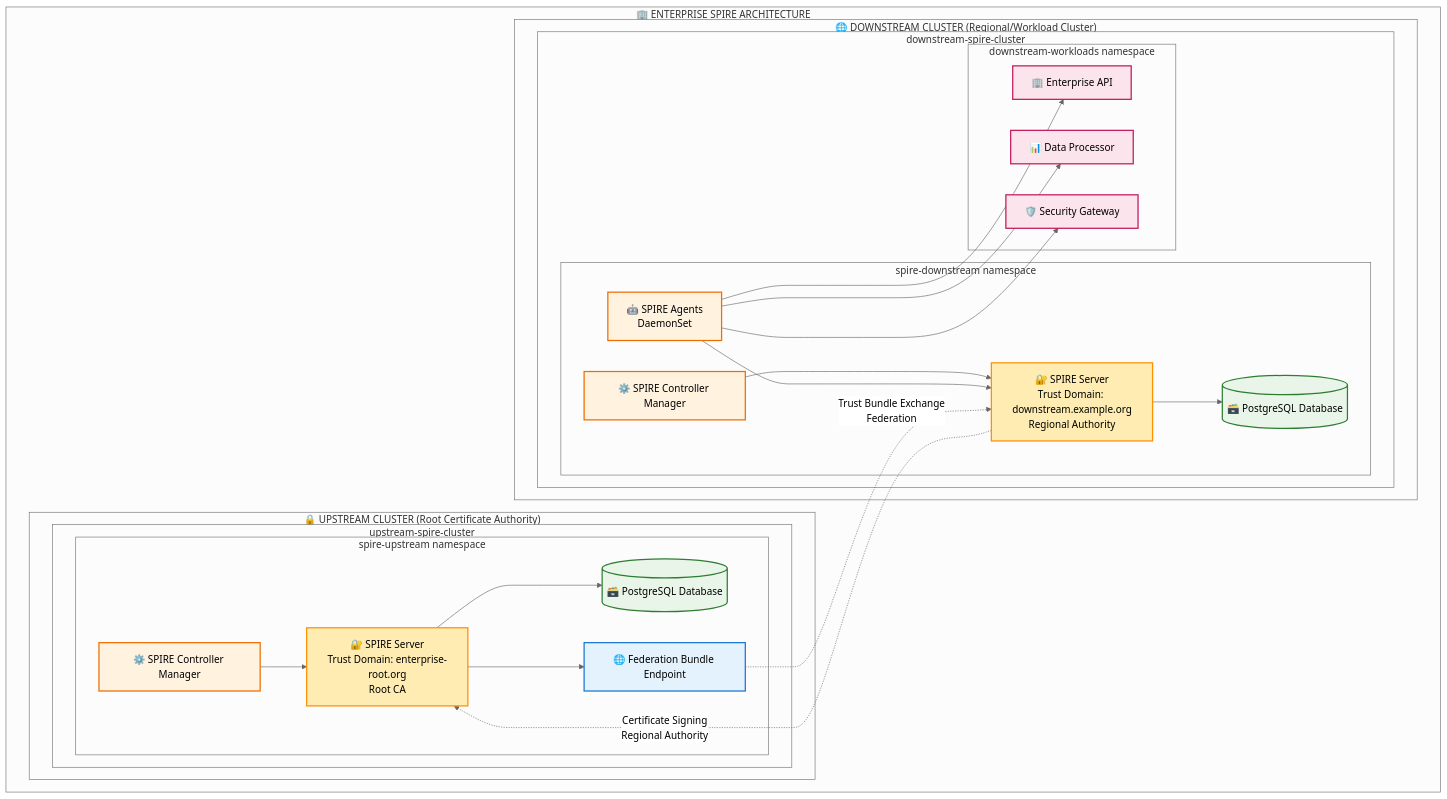
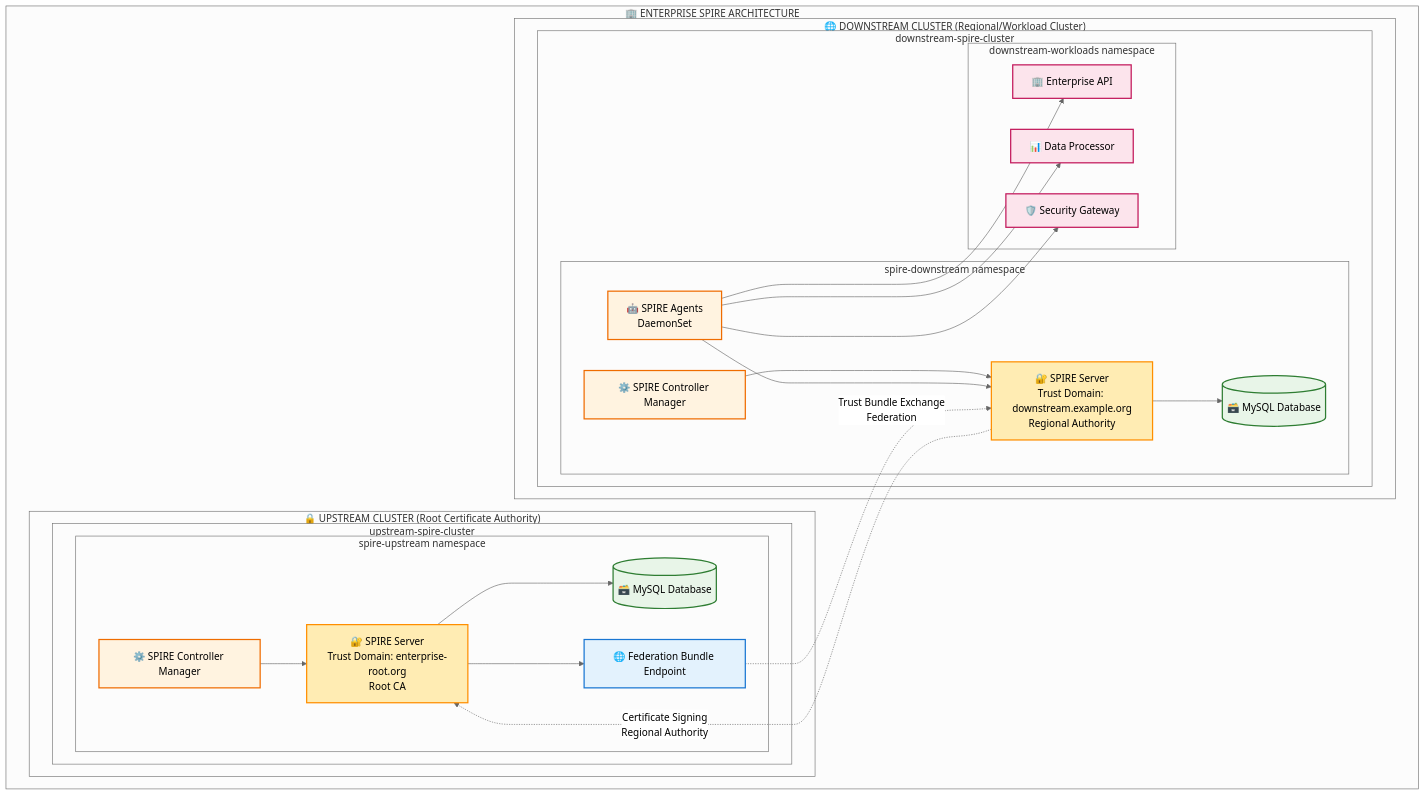
The first of 2 diagrams in docs/ENTERPRISE_DEPLOYMENT_GUIDE.md (jfiser247/spire-dev), drawn with Mermaid (neutral theme) before and after one commit. The commit also changed other lines of this file and 50 other files, not shown here.

````diff
--- a/docs/ENTERPRISE_DEPLOYMENT_GUIDE.md
+++ b/docs/ENTERPRISE_DEPLOYMENT_GUIDE.md
@@ -9,61 +9,61 @@
 ```mermaid
 graph TB
     subgraph "🏢 ENTERPRISE SPIRE ARCHITECTURE"
         subgraph "🔒 UPSTREAM CLUSTER (Root Certificate Authority)"
             subgraph "upstream-spire-cluster"
                 subgraph "spire-upstream namespace"
                     US[🔐 SPIRE Server<br/>Trust Domain: enterprise-root.org<br/>Root CA]
-                    UDB[(🗃️ PostgreSQL Database)]
+                    UDB[(🗃️ MySQL Database)]
                     UCM[⚙️ SPIRE Controller Manager]
                     UFE[🌐 Federation Bundle Endpoint]
                     
                     US --> UDB
                     US --> UFE
                     UCM --> US
                 end
             end
         end
         
         subgraph "🌐 DOWNSTREAM CLUSTER (Regional/Workload Cluster)"
             subgraph "downstream-spire-cluster"
                 subgraph "spire-downstream namespace"
                     DS[🔐 SPIRE Server<br/>Trust Domain: downstream.example.org<br/>Regional Authority]
-                    DDB[(🗃️ PostgreSQL Database)]
+                    DDB[(🗃️ MySQL Database)]
                     DCM[⚙️ SPIRE Controller Manager]
                     DA[🤖 SPIRE Agents<br/>DaemonSet]
                     
                     DS --> DDB
                     DCM --> DS
                     DA --> DS
                 end
                 
                 subgraph "downstream-workloads namespace"
                     EA[🏢 Enterprise API]
                     DP[📊 Data Processor]
                     SG[🛡️ Security Gateway]
                     
                     DA --> EA
                     DA --> DP
                     DA --> SG
                 end
             end
         end
     end
     
     %% Federation relationship
     UFE -.->|Trust Bundle Exchange<br/>Federation| DS
     DS -.->|Certificate Signing<br/>Regional Authority| US
     
     %% Consistent styling
     style US fill:#ffecb3,stroke:#ff8f00,stroke-width:2px,stroke-dasharray:0
     style DS fill:#ffecb3,stroke:#ff8f00,stroke-width:2px,stroke-dasharray:0
     style UDB fill:#e8f5e8,stroke:#2e7d32,stroke-width:2px,stroke-dasharray:0
     style DDB fill:#e8f5e8,stroke:#2e7d32,stroke-width:2px,stroke-dasharray:0
     style UCM fill:#fff3e0,stroke:#ef6c00,stroke-width:2px,stroke-dasharray:0
     style DCM fill:#fff3e0,stroke:#ef6c00,stroke-width:2px,stroke-dasharray:0
     style UFE fill:#e3f2fd,stroke:#1976d2,stroke-width:2px,stroke-dasharray:0
     style DA fill:#fff3e0,stroke:#ef6c00,stroke-width:2px,stroke-dasharray:0
     style EA fill:#fce4ec,stroke:#c2185b,stroke-width:2px,stroke-dasharray:0
     style DP fill:#fce4ec,stroke:#c2185b,stroke-width:2px,stroke-dasharray:0
     style SG fill:#fce4ec,stroke:#c2185b,stroke-width:2px,stroke-dasharray:0
 ```
````
